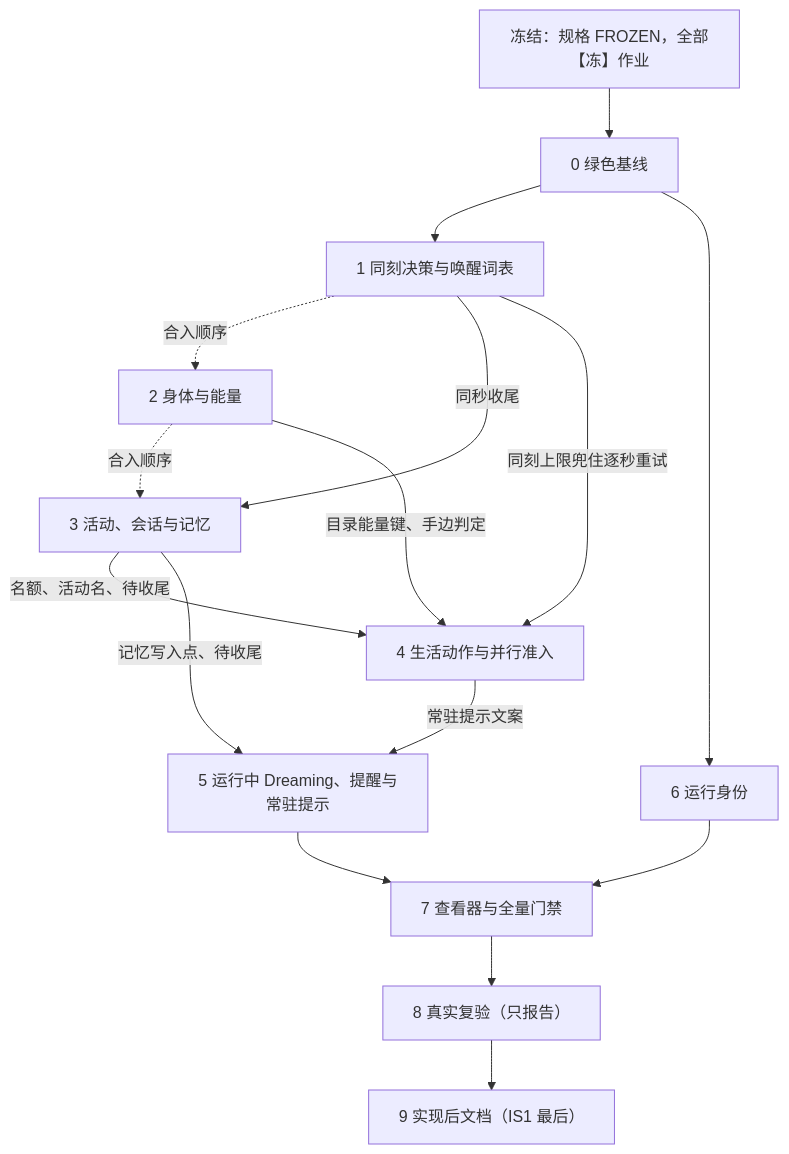
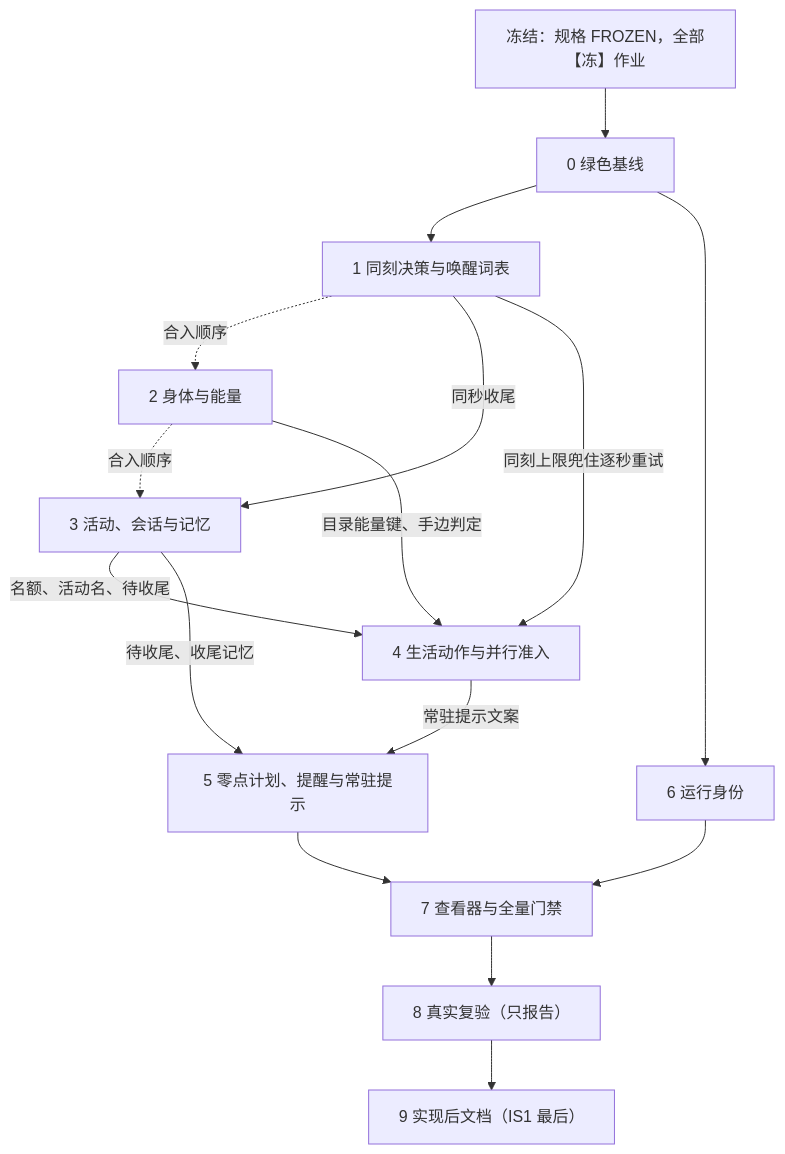
One commit to HoldThatThgt/WorldMock changed the diagram in docs/dev/research/time-and-energy-implementation-plan.md. Above: the diagram before and after it, drawn with Mermaid. The commit also changed other lines of this file and 2 other files, not shown here.

````diff
--- a/docs/dev/research/time-and-energy-implementation-plan.md
+++ b/docs/dev/research/time-and-energy-implementation-plan.md
@@ -445,18 +441,18 @@
 ```mermaid
 flowchart TB
     F["冻结：规格 FROZEN，全部【冻】作业"] --> S0["0 绿色基线"]
     S0 --> S1["1 同刻决策与唤醒词表"]
     S0 --> S6["6 运行身份"]
     S1 -.->|合入顺序| S2["2 身体与能量"]
     S2 -.->|合入顺序| S3["3 活动、会话与记忆"]
     S1 -->|同秒收尾| S3
     S1 -->|同刻上限兜住逐秒重试| S4["4 生活动作与并行准入"]
     S2 -->|目录能量键、手边判定| S4
     S3 -->|名额、活动名、待收尾| S4
-    S3 -->|记忆写入点、待收尾| S5["5 运行中 Dreaming、提醒与常驻提示"]
+    S3 -->|待收尾、收尾记忆| S5["5 零点计划、提醒与常驻提示"]
     S4 -->|常驻提示文案| S5
     S5 --> S7["7 查看器与全量门禁"]
     S6 --> S7
     S7 --> S8["8 真实复验（只报告）"]
     S8 --> S9["9 实现后文档（IS1 最后）"]
 ```
````
